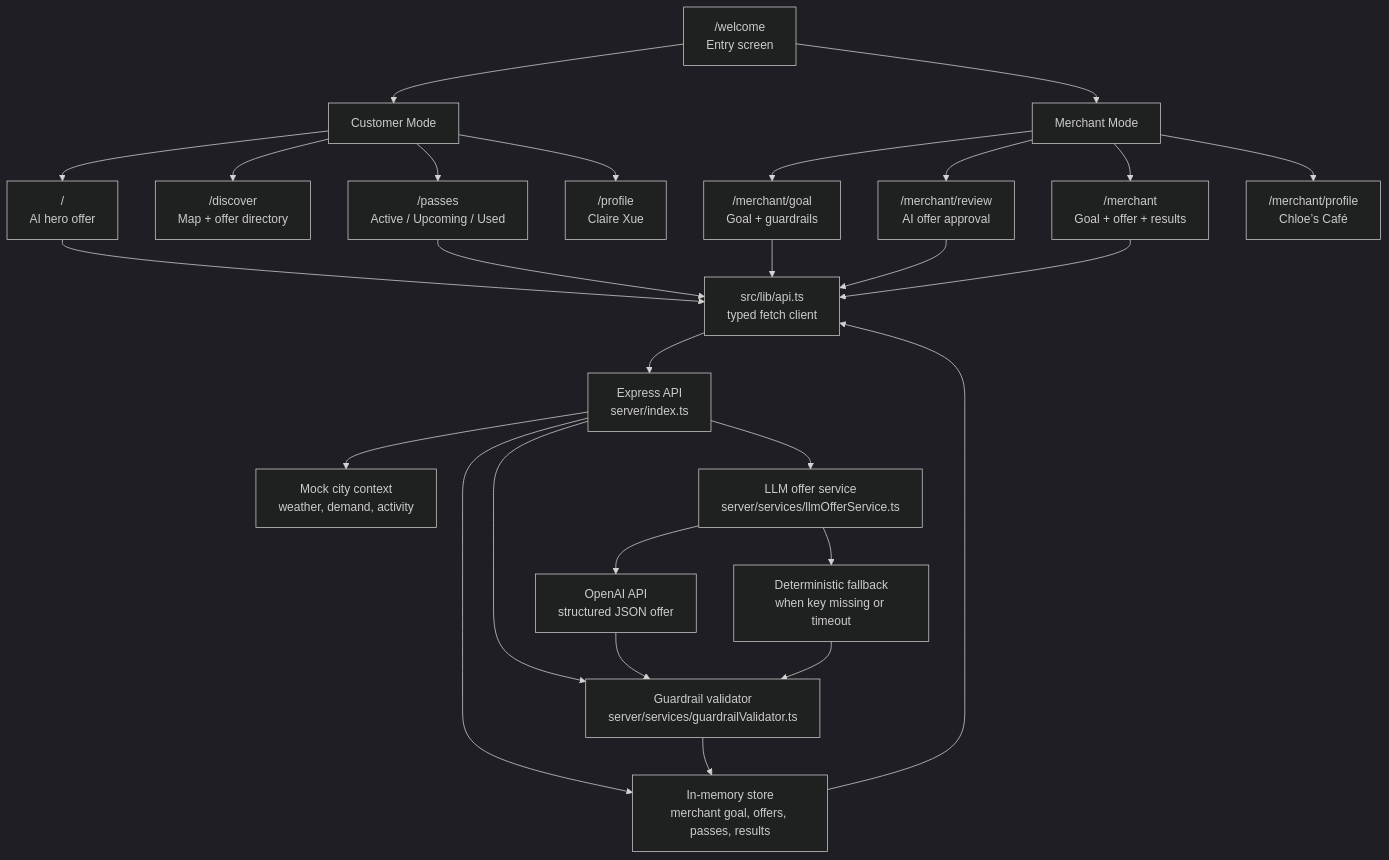
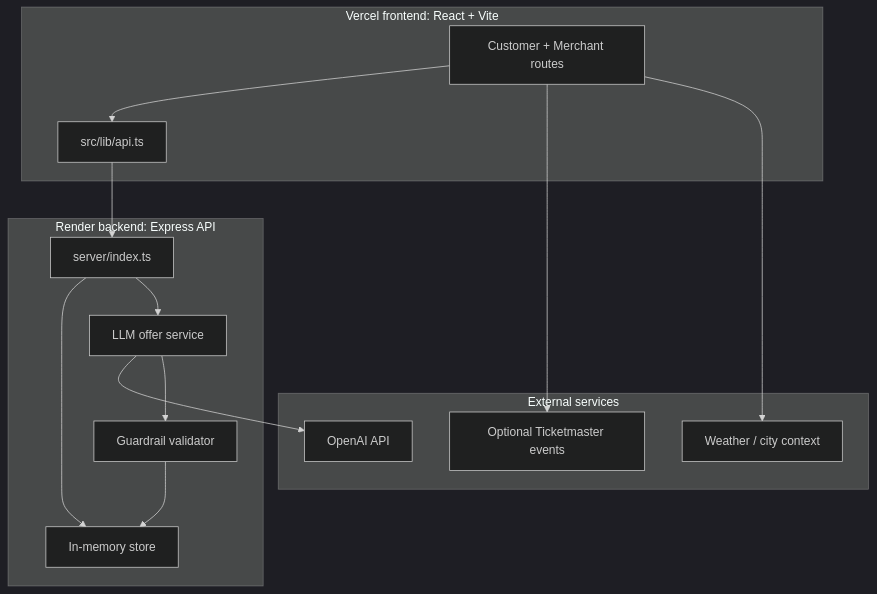
One commit to huiwenxue122/CityPulse-Wallet changed the second of 3 diagrams in README.md. Above: the diagram before and after it, drawn with Mermaid (dark theme). The commit also changed other lines of this file, not shown here.

Commit message:
Split README architecture diagrams
Replace the dense architecture diagram with separate product flow, system architecture, and AI offer generation sequence diagrams.

Made-with: Cursor

````diff
--- a/README.md
+++ b/README.md
@@ -172,36 +185,30 @@
 ```mermaid
-flowchart TD
-  W["/welcome<br/>Entry screen"] --> Customer["Customer Mode"]
-  W --> Merchant["Merchant Mode"]
+flowchart TB
+  subgraph Frontend["Vercel frontend: React + Vite"]
+    Routes["Customer + Merchant routes"]
+    ApiClient["src/lib/api.ts"]
+    Routes --> ApiClient
+  end
 
-  Customer --> Home["/<br/>AI hero offer"]
-  Customer --> Discover["/discover<br/>Map + offer directory"]
-  Customer --> Passes["/passes<br/>Active / Upcoming / Used"]
-  Customer --> Profile["/profile<br/>Claire Xue"]
+  subgraph Backend["Render backend: Express API"]
+    ApiRoutes["server/index.ts"]
+    Store["In-memory store"]
+    LLM["LLM offer service"]
+    Guardrails["Guardrail validator"]
+  end
 
-  Merchant --> MHome["/merchant<br/>Goal + offer + results"]
-  Merchant --> Goal["/merchant/goal<br/>Goal + guardrails"]
-  Merchant --> Review["/merchant/review<br/>AI offer approval"]
-  Merchant --> MProfile["/merchant/profile<br/>Chloe’s Café"]
+  subgraph External["External services"]
+    OpenAI["OpenAI API"]
+    Events["Optional Ticketmaster events"]
+    Weather["Weather / city context"]
+  end
 
-  Home --> API["src/lib/api.ts<br/>typed fetch client"]
-  Passes --> API
-  Goal --> API
-  Review --> API
-  MHome --> API
-
-  API --> Express["Express API<br/>server/index.ts"]
-
-  Express --> Store["In-memory store<br/>merchant goal, offers, passes, results"]
-  Express --> Context["Mock city context<br/>weather, demand, activity"]
-  Express --> LLM["LLM offer service<br/>server/services/llmOfferService.ts"]
-  Express --> Guardrails["Guardrail validator<br/>server/services/guardrailValidator.ts"]
-
-  LLM --> OpenAI["OpenAI API<br/>structured JSON offer"]
-  LLM --> Fallback["Deterministic fallback<br/>when key missing or timeout"]
-
-  OpenAI --> Guardrails
-  Fallback --> Guardrails
+  ApiClient --> ApiRoutes
+  ApiRoutes --> Store
+  ApiRoutes --> LLM
+  LLM --> OpenAI
+  LLM --> Guardrails
   Guardrails --> Store
-  Store --> API
+  Routes --> Events
+  Routes --> Weather
 ```
````
